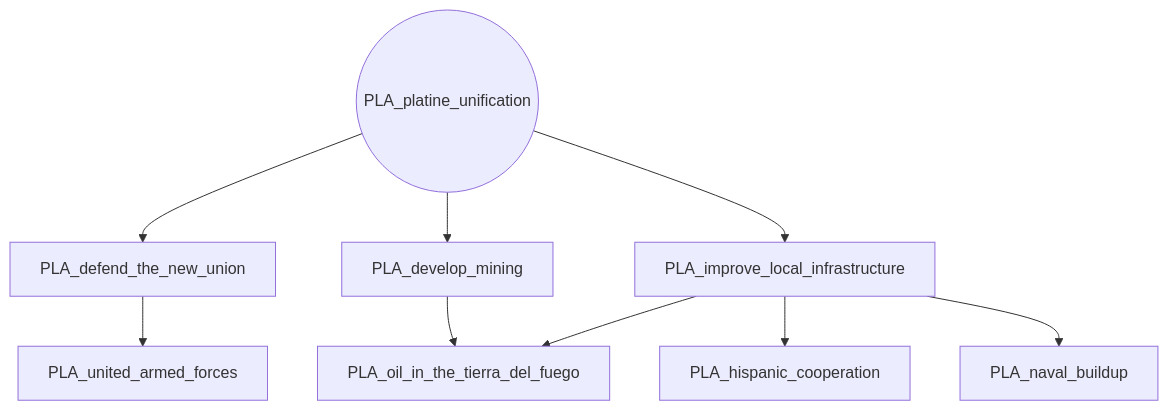
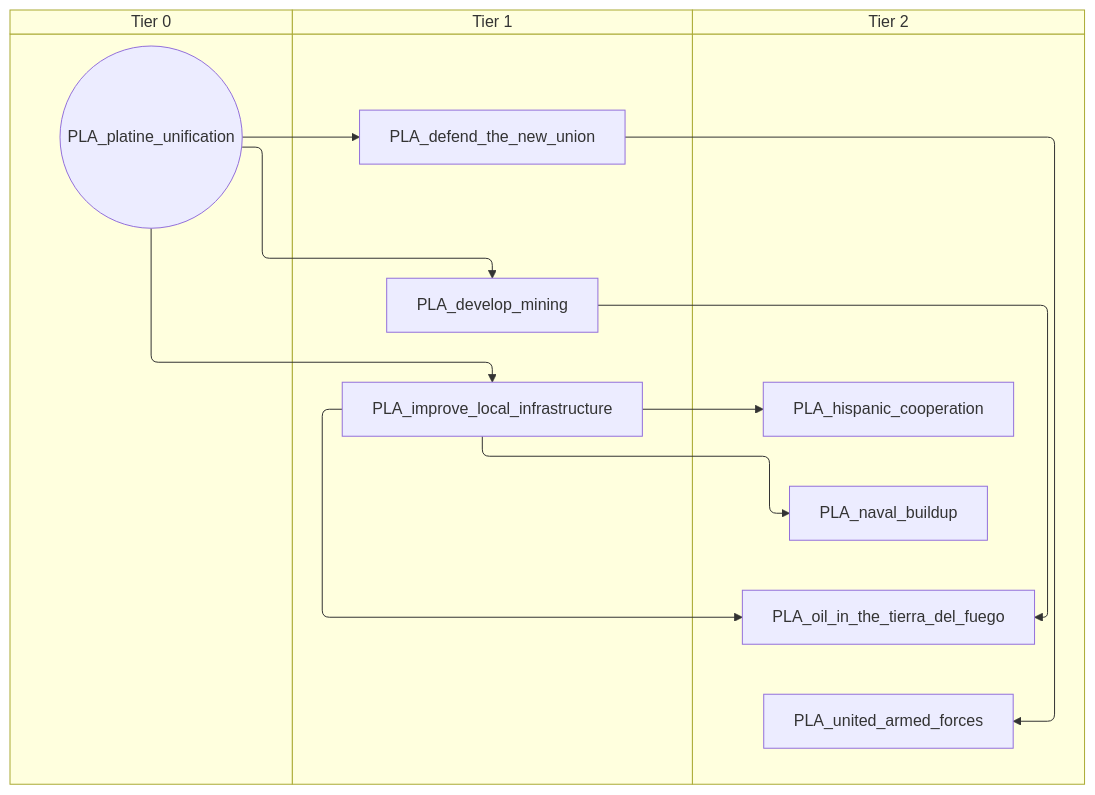
One commit to evgeny-sobol/hoi4-sandbox-mode-r56 changed the diagram in docs/gdd/National Focuses/r56_platine_shared.md. Above: the diagram before and after it, drawn with Mermaid. The commit also changed 423 other files, not shown here.

First line of the commit message:
Re-export Rt56 focus trees as swimlane diagrams

````diff
--- a/docs/gdd/National Focuses/r56_platine_shared.md
+++ b/docs/gdd/National Focuses/r56_platine_shared.md
@@ -3,19 +3,25 @@
 ```mermaid
-flowchart TD
-    n1["PLA_defend_the_new_union"]
-    n2["PLA_develop_mining"]
-    n3["PLA_hispanic_cooperation"]
-    n4["PLA_improve_local_infrastructure"]
-    n5["PLA_naval_buildup"]
-    n6["PLA_oil_in_the_tierra_del_fuego"]
-    n7(("PLA_platine_unification"))
-    n8["PLA_united_armed_forces"]
-    n7 --> n1
-    n7 --> n2
-    n4 --> n3
-    n7 --> n4
+swimlane-beta TD
+    subgraph tier_0["Tier 0"]
+        n1(("PLA_platine_unification"))
+    end
+    subgraph tier_1["Tier 1"]
+        n2["PLA_defend_the_new_union"]
+        n3["PLA_develop_mining"]
+        n4["PLA_improve_local_infrastructure"]
+    end
+    subgraph tier_2["Tier 2"]
+        n5["PLA_hispanic_cooperation"]
+        n6["PLA_naval_buildup"]
+        n7["PLA_oil_in_the_tierra_del_fuego"]
+        n8["PLA_united_armed_forces"]
+    end
+    n1 --> n2
+    n1 --> n3
     n4 --> n5
-    n2 --> n6
+    n1 --> n4
     n4 --> n6
-    n1 --> n8
+    n3 --> n7
+    n4 --> n7
+    n2 --> n8
 ```
````
